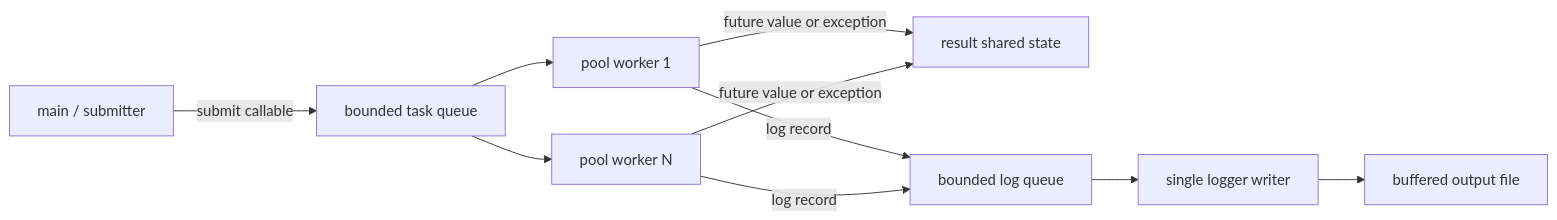
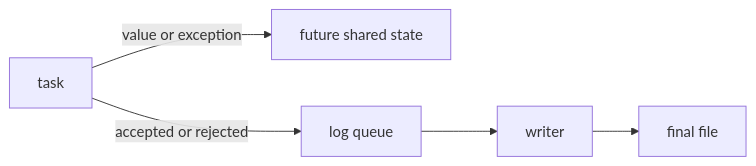
The second of 3 diagrams in week8/day7/day7.md (FxorG00/system-learning-notes), drawn with Mermaid before and after one commit. The commit also changed other lines of this file and 17 other files, not shown here.

````diff
--- a/week8/day7/day7.md
+++ b/week8/day7/day7.md
@@ -1149,12 +609,7 @@
-```mermaid
+~~~mermaid
 flowchart LR
-    U[main / submitter] -->|submit callable| TQ[bounded task queue]
-    TQ --> W1[pool worker 1]
-    TQ --> W2[pool worker N]
-    W1 -->|future value or exception| R[result shared state]
-    W2 -->|future value or exception| R
-    W1 -->|log record| LQ[bounded log queue]
-    W2 -->|log record| LQ
-    LQ --> LW[single logger writer]
-    LW --> F[buffered output file]
-```
+    T[task] -->|value or exception| S[future shared state]
+    T -->|accepted or rejected| Q[log queue]
+    Q --> W[writer]
+    W --> F[final file]
+~~~
````
